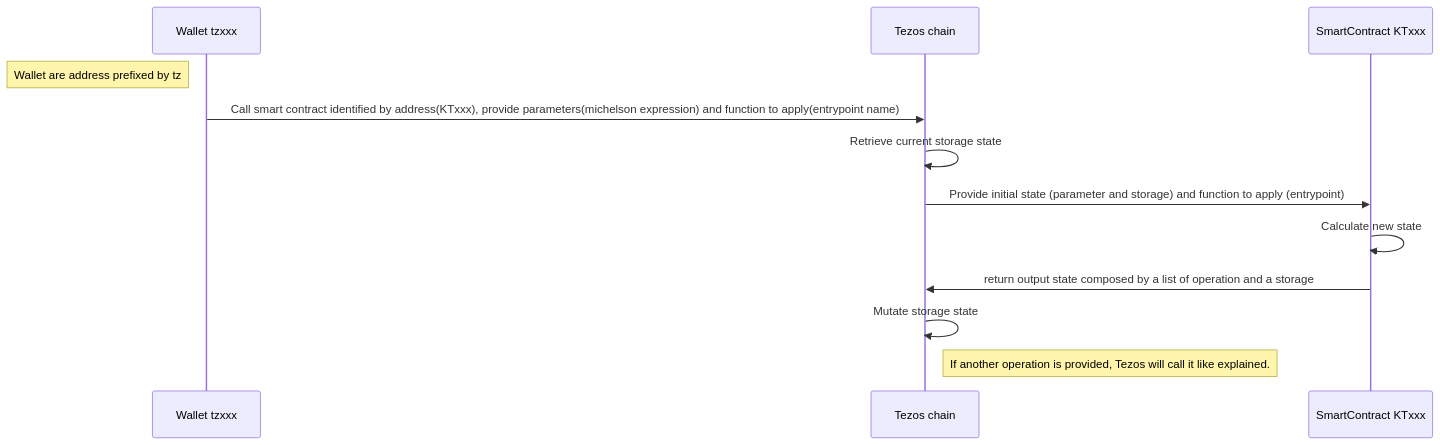
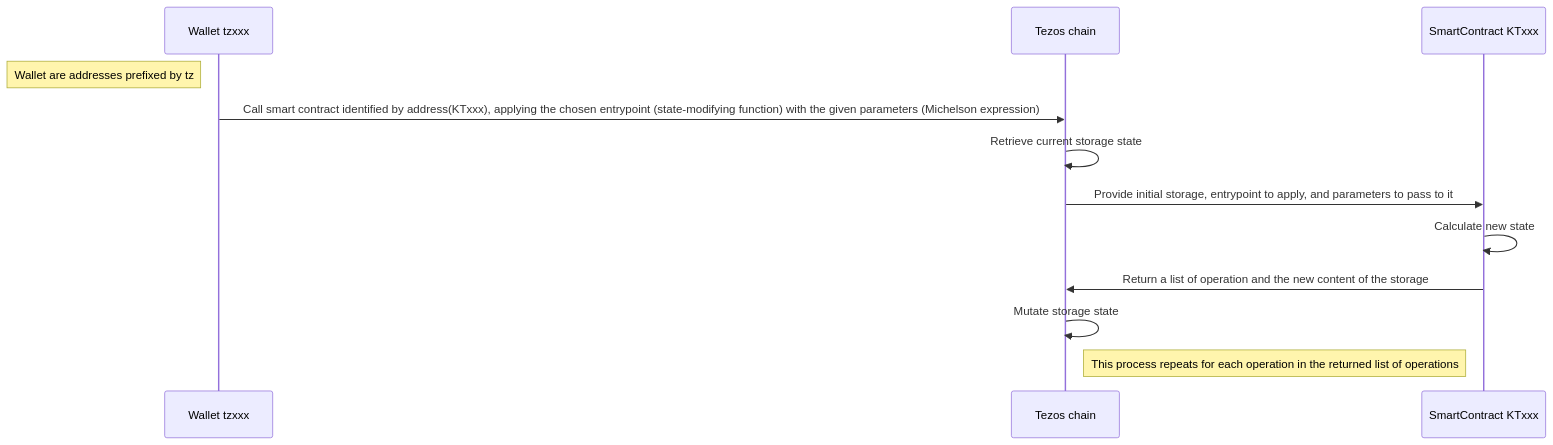
The diagram in README.md (Laucans/Intezos-tutorial-1), drawn with Mermaid before and after one commit. The commit also changed other lines of this file and 4 other files, not shown here.

````diff
--- a/README.md
+++ b/README.md
@@ -125,11 +107,11 @@
 ```mermaid
 sequenceDiagram
-  Note left of Wallet tzxxx : Wallet are address prefixed by tz
-  Wallet tzxxx->>Tezos chain: Call smart contract identified by address(KTxxx), provide parameters(michelson expression) and function to apply(entrypoint name)
+  Note left of Wallet tzxxx : Wallet are addresses prefixed by tz
+  Wallet tzxxx->>Tezos chain: Call smart contract identified by address(KTxxx), applying the chosen entrypoint (state-modifying function) with the given parameters (Michelson expression)
   Tezos chain->>Tezos chain: Retrieve current storage state
-  Tezos chain->>SmartContract KTxxx: Provide initial state (parameter and storage) and function to apply (entrypoint)
+  Tezos chain->>SmartContract KTxxx: Provide initial storage, entrypoint to apply, and parameters to pass to it
   SmartContract KTxxx->>SmartContract KTxxx: Calculate new state
-  SmartContract KTxxx->>Tezos chain: return output state composed by a list of operation and a storage
+  SmartContract KTxxx->>Tezos chain: Return a list of operation and the new content of the storage
   Tezos chain->>Tezos chain: Mutate storage state
-  Note right of Tezos chain: If another operation is provided, Tezos will call it like explained.
+  Note right of Tezos chain: This process repeats for each operation in the returned list of operations
 ```
````
